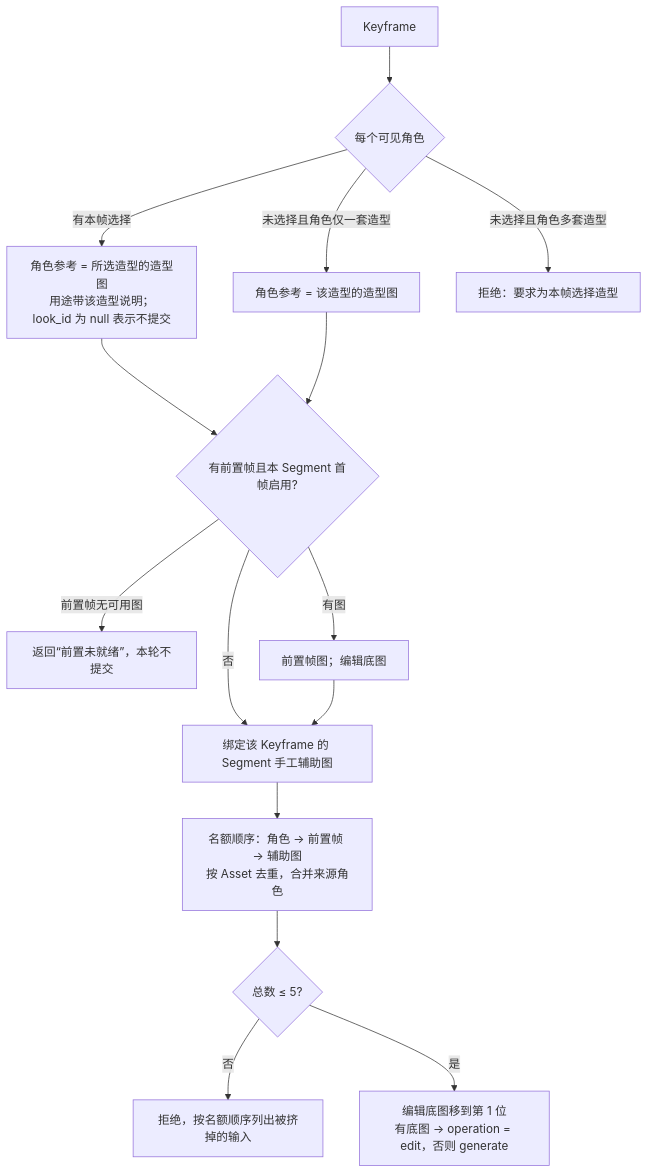
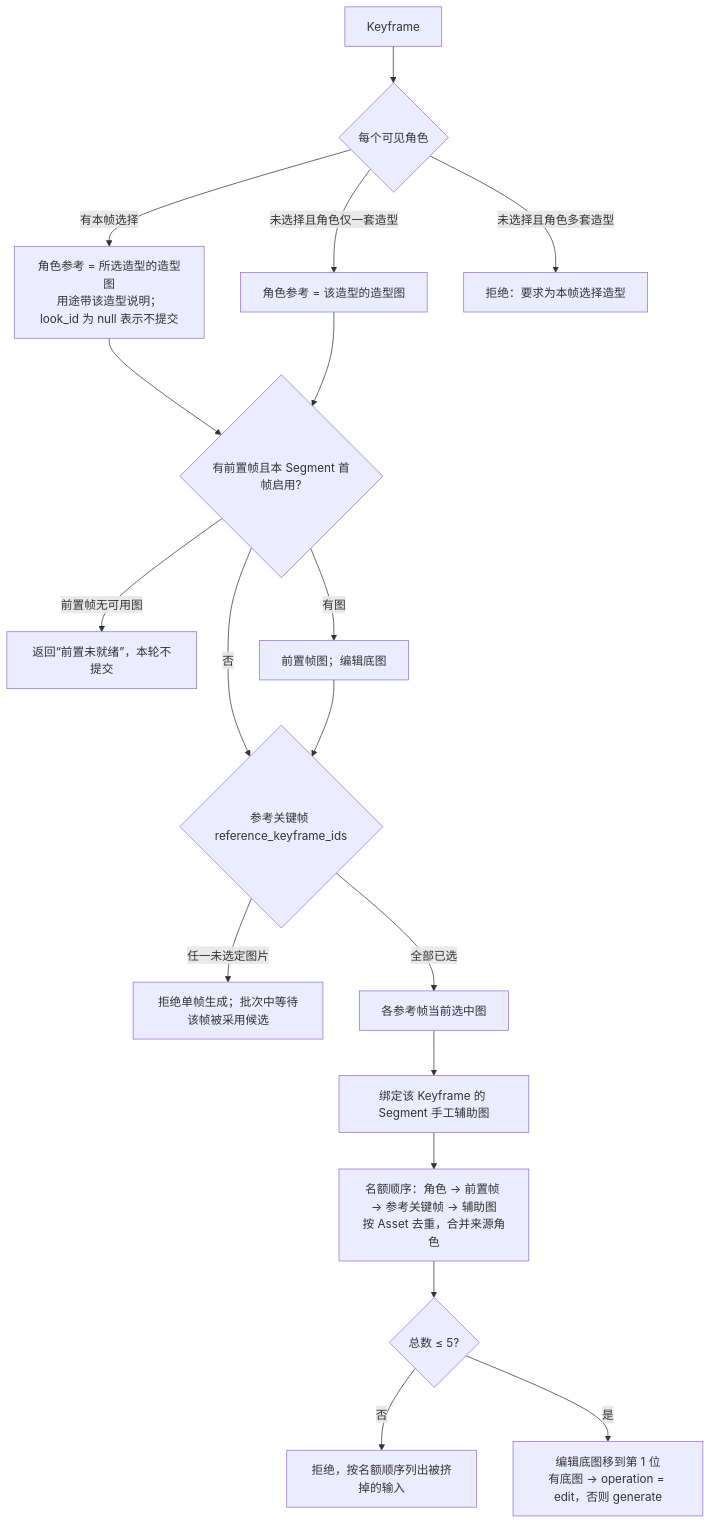
One commit to LJXLJXLJX/StoryRail changed the fourth of 10 diagrams in docs/data-flow.md. Above: the diagram before and after it, drawn with Mermaid. The commit also changed other lines of this file and 40 other files, not shown here.

First line of the commit message:
feat: let keyframes reference other selected keyframes (schema v36)

````diff
--- a/docs/data-flow.md
+++ b/docs/data-flow.md
@@ -101,16 +101,19 @@
 ```mermaid
 flowchart TB
     start[Keyframe] --> chars{每个可见角色}
     chars -- 有本帧选择 --> c1[角色参考 = 所选造型的造型图<br/>用途带该造型说明；look_id 为 null 表示不提交]
     chars -- 未选择且角色仅一套造型 --> c2[角色参考 = 该造型的造型图]
     chars -- 未选择且角色多套造型 --> creject[拒绝：要求为本帧选择造型]
     c1 & c2 --> pred{有前置帧且本 Segment 首帧启用?}
     pred -- 前置帧无可用图 --> wait[返回“前置未就绪”，本轮不提交]
     pred -- 有图 --> p1[前置帧图；编辑底图]
-    pred -- 否 --> aux
-    p1 --> aux[绑定该 Keyframe 的 Segment 手工辅助图]
-    aux --> dedupe[名额顺序：角色 → 前置帧 → 辅助图<br/>按 Asset 去重，合并来源角色]
+    pred -- 否 --> refs
+    p1 --> refs{参考关键帧 reference_keyframe_ids}
+    refs -- 任一未选定图片 --> rwait[拒绝单帧生成；批次中等待该帧被采用候选]
+    refs -- 全部已选 --> r1[各参考帧当前选中图]
+    r1 --> aux[绑定该 Keyframe 的 Segment 手工辅助图]
+    aux --> dedupe[名额顺序：角色 → 前置帧 → 参考关键帧 → 辅助图<br/>按 Asset 去重，合并来源角色]
     dedupe --> limit{总数 ≤ 5?}
     limit -- 否 --> reject[拒绝，按名额顺序列出被挤掉的输入]
     limit -- 是 --> op[编辑底图移到第 1 位<br/>有底图 → operation = edit，否则 generate]
 ```
````
